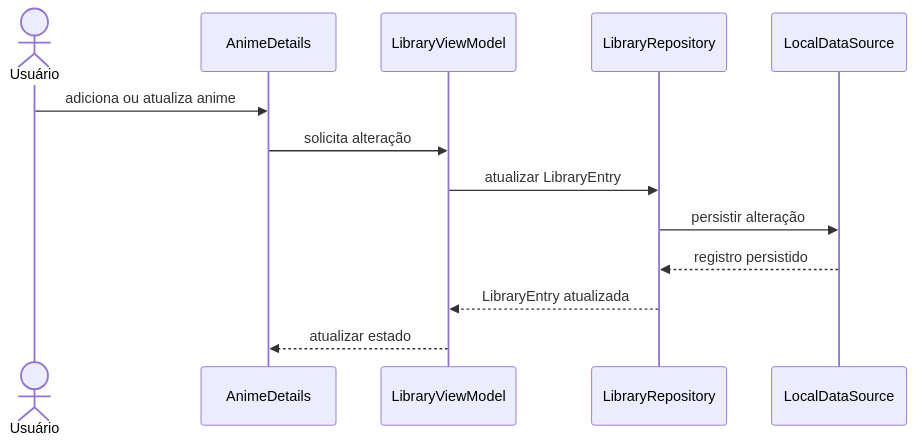
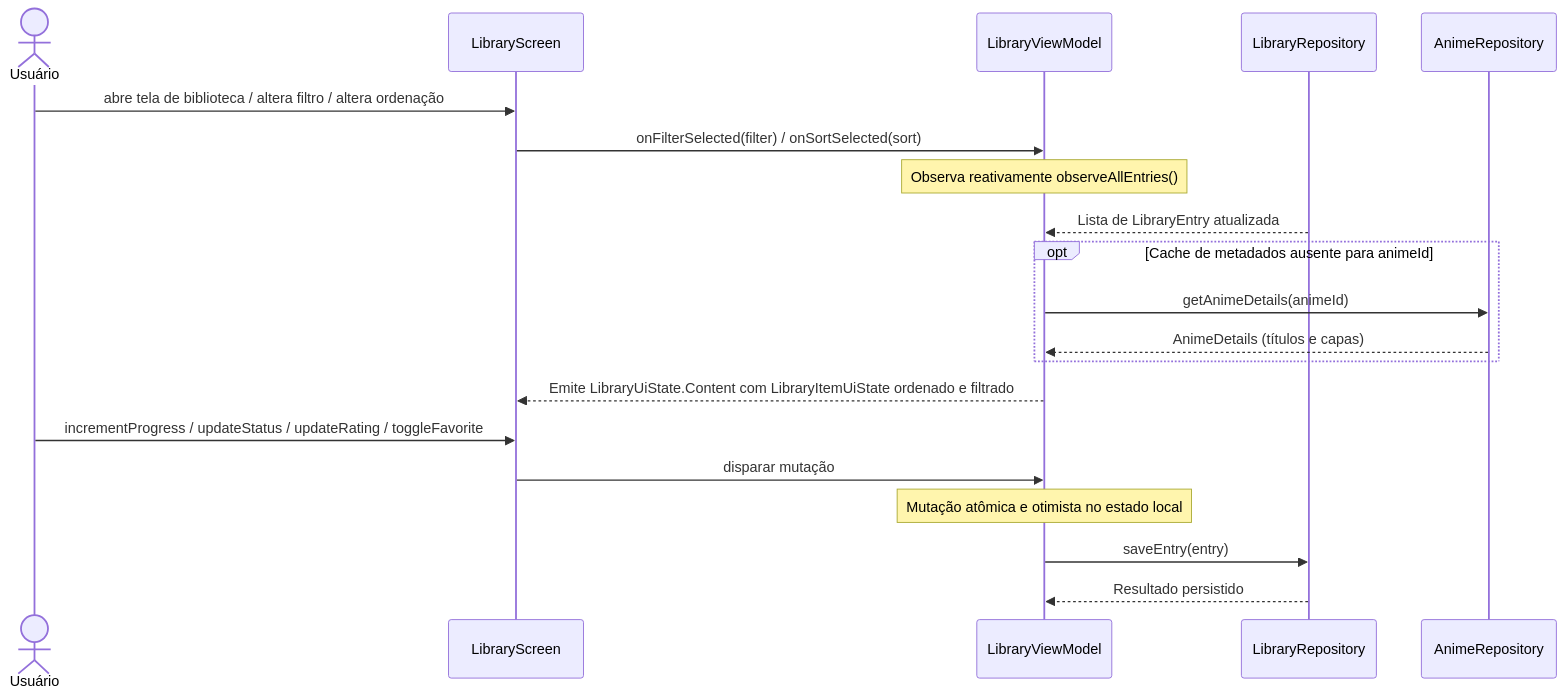
Diagram 12 of 14 in docs/modelagem.md (Drufontael/mykytadu-app), drawn with Mermaid before and after one commit. The commit also changed other lines of this file and 5 other files, not shown here.

````diff
--- a/docs/modelagem.md
+++ b/docs/modelagem.md
@@ -1086,16 +1088,23 @@
 ```mermaid
 sequenceDiagram
     actor User as Usuário
-    participant UI as AnimeDetails
+    participant UI as LibraryScreen
     participant VM as LibraryViewModel
-    participant Repo as LibraryRepository
-    participant Local as LocalDataSource
+    participant LibRepo as LibraryRepository
+    participant AnimeRepo as AnimeRepository
 
-    User->>UI: adiciona ou atualiza anime
-    UI->>VM: solicita alteração
-    VM->>Repo: atualizar LibraryEntry
-    Repo->>Local: persistir alteração
-    Local-->>Repo: registro persistido
-    Repo-->>VM: LibraryEntry atualizada
-    VM-->>UI: atualizar estado
+    User->>UI: abre tela de biblioteca / altera filtro / altera ordenação
+    UI->>VM: onFilterSelected(filter) / onSortSelected(sort)
+    Note over VM: Observa reativamente observeAllEntries()
+    LibRepo-->>VM: Lista de LibraryEntry atualizada
+    opt Cache de metadados ausente para animeId
+        VM->>AnimeRepo: getAnimeDetails(animeId)
+        AnimeRepo-->>VM: AnimeDetails (títulos e capas)
+    end
+    VM-->>UI: Emite LibraryUiState.Content com LibraryItemUiState ordenado e filtrado
+    User->>UI: incrementProgress / updateStatus / updateRating / toggleFavorite
+    UI->>VM: disparar mutação
+    Note over VM: Mutação atômica e otimista no estado local
+    VM->>LibRepo: saveEntry(entry)
+    LibRepo-->>VM: Resultado persistido
 ```
````
